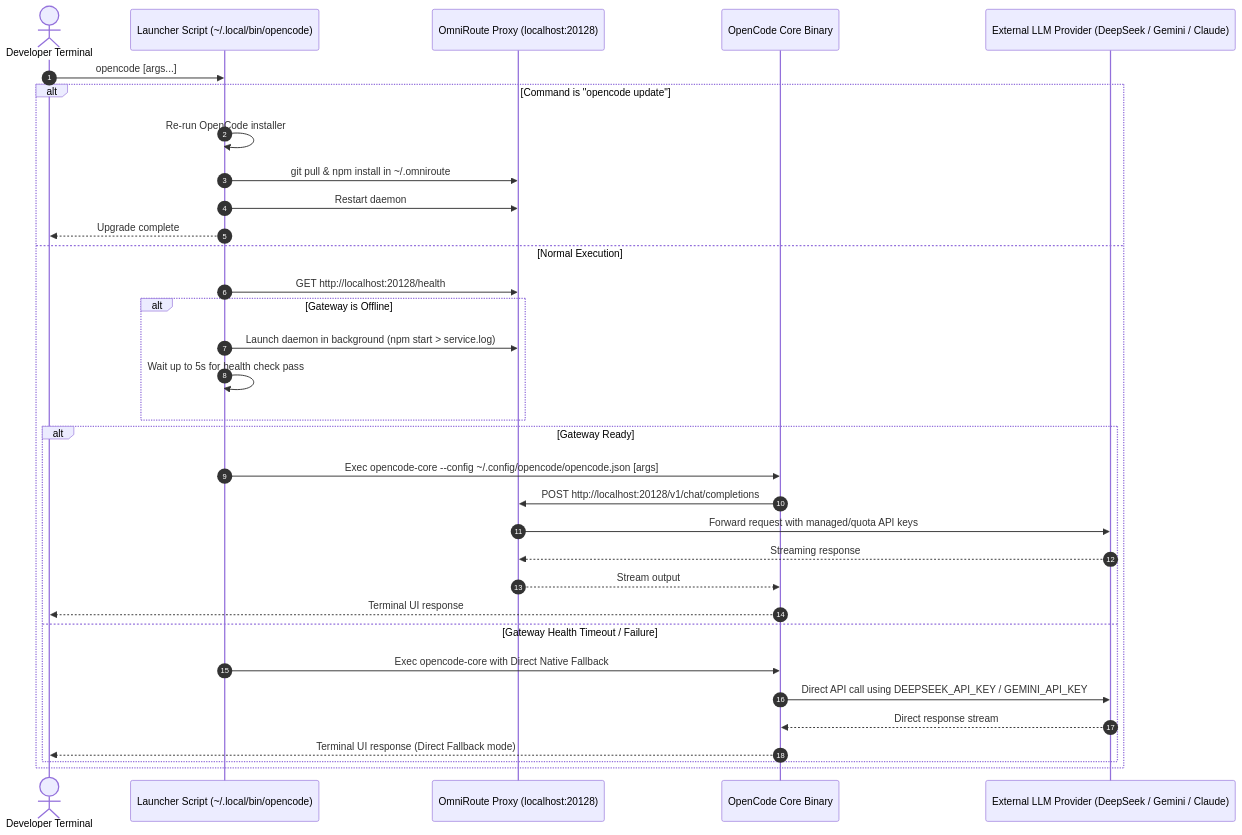
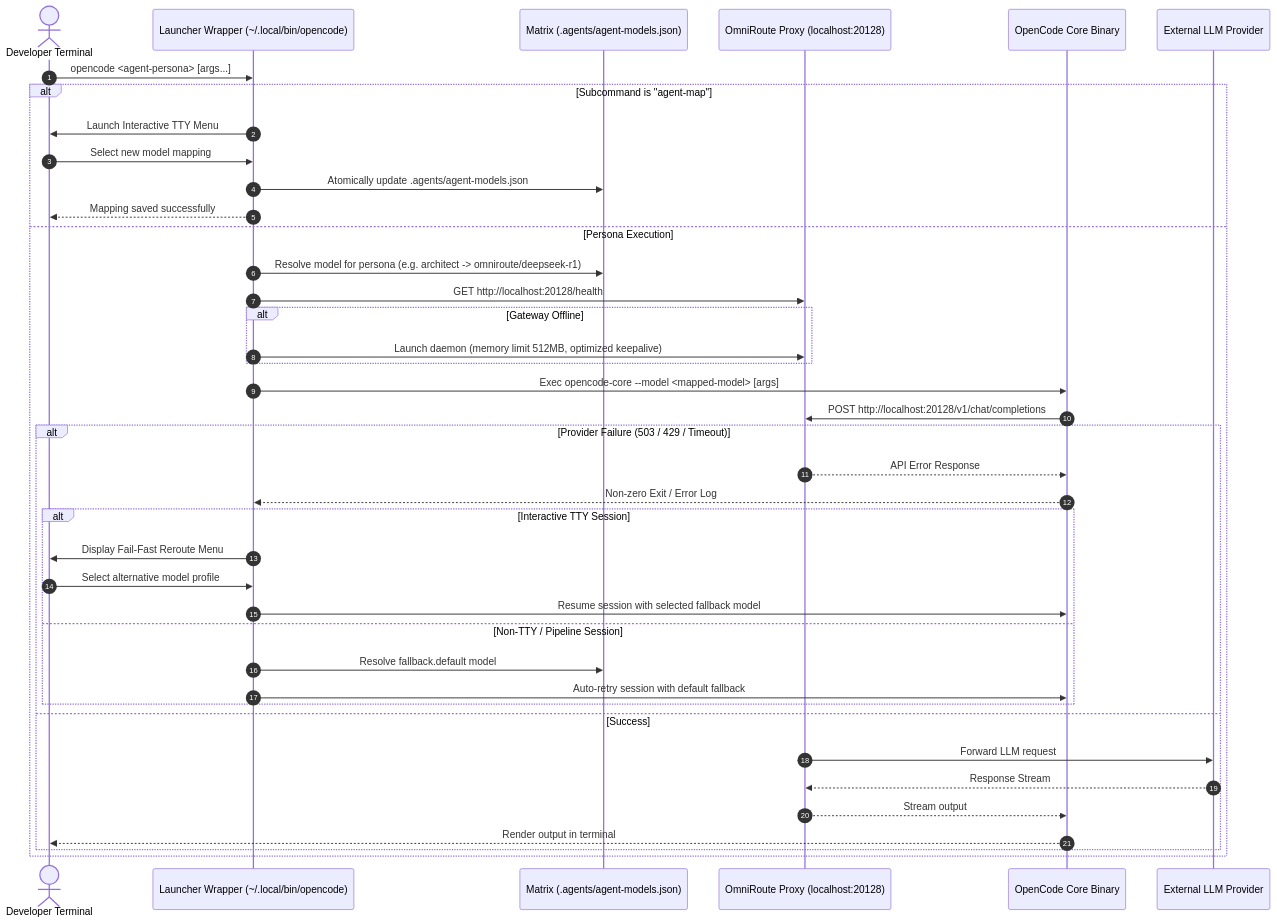
One commit to paulsyl/Opencode changed the first of 2 diagrams in 02_architecture/System-Architecture.md. Above: the diagram before and after it, drawn with Mermaid. The commit also changed other lines of this file and 11 other files, not shown here.

Commit message:
feat: implement Phase 2 agent model mapping matrix, interactive CLI, fail-fast rerouting, and daemon launch optimization

````diff
--- a/02_architecture/System-Architecture.md
+++ b/02_architecture/System-Architecture.md
@@ -19,36 +20,43 @@
 ```mermaid
 sequenceDiagram
     autonumber
     actor User as Developer Terminal
-    participant Wrapper as Launcher Script (~/.local/bin/opencode)
+    participant Wrapper as Launcher Wrapper (~/.local/bin/opencode)
+    participant Mapping as Matrix (.agents/agent-models.json)
     participant Gateway as OmniRoute Proxy (localhost:20128)
     participant OpenCode as OpenCode Core Binary
-    participant Provider as External LLM Provider (DeepSeek / Gemini / Claude)
+    participant Provider as External LLM Provider
 
-    User->>Wrapper: opencode [args...]
-    alt Command is "opencode update"
-        Wrapper->>Wrapper: Re-run OpenCode installer
-        Wrapper->>Gateway: git pull & npm install in ~/.omniroute
-        Wrapper->>Gateway: Restart daemon
-        Wrapper-->>User: Upgrade complete
-    else Normal Execution
+    User->>Wrapper: opencode <agent-persona> [args...]
+    alt Subcommand is "agent-map"
+        Wrapper->>User: Launch Interactive TTY Menu
+        User->>Wrapper: Select new model mapping
+        Wrapper->>Mapping: Atomically update .agents/agent-models.json
+        Wrapper-->>User: Mapping saved successfully
+    else Persona Execution
+        Wrapper->>Mapping: Resolve model for persona (e.g. architect -> omniroute/deepseek-r1)
         Wrapper->>Gateway: GET http://localhost:20128/health
-        alt Gateway is Offline
-            Wrapper->>Gateway: Launch daemon in background (npm start > service.log)
-            Wrapper->>Wrapper: Wait up to 5s for health check pass
+        alt Gateway Offline
+            Wrapper->>Gateway: Launch daemon (memory limit 512MB, optimized keepalive)
         end
-        alt Gateway Ready
-            Wrapper->>OpenCode: Exec opencode-core --config ~/.config/opencode/opencode.json [args]
-            OpenCode->>Gateway: POST http://localhost:20128/v1/chat/completions
-            Gateway->>Provider: Forward request with managed/quota API keys
-            Provider-->>Gateway: Streaming response
+        Wrapper->>OpenCode: Exec opencode-core --model <mapped-model> [args]
+        OpenCode->>Gateway: POST http://localhost:20128/v1/chat/completions
+        alt Provider Failure (503 / 429 / Timeout)
+            Gateway-->>OpenCode: API Error Response
+            OpenCode-->>Wrapper: Non-zero Exit / Error Log
+            alt Interactive TTY Session
+                Wrapper->>User: Display Fail-Fast Reroute Menu
+                User->>Wrapper: Select alternative model profile
+                Wrapper->>OpenCode: Resume session with selected fallback model
+            else Non-TTY / Pipeline Session
+                Wrapper->>Mapping: Resolve fallback.default model
+                Wrapper->>OpenCode: Auto-retry session with default fallback
+            end
+        else Success
+            Gateway->>Provider: Forward LLM request
+            Provider-->>Gateway: Response Stream
             Gateway-->>OpenCode: Stream output
-            OpenCode-->>User: Terminal UI response
-        else Gateway Health Timeout / Failure
-            Wrapper->>OpenCode: Exec opencode-core with Direct Native Fallback
-            OpenCode->>Provider: Direct API call using DEEPSEEK_API_KEY / GEMINI_API_KEY
-            Provider-->>OpenCode: Direct response stream
-            OpenCode-->>User: Terminal UI response (Direct Fallback mode)
+            OpenCode-->>User: Render output in terminal
         end
     end
 ```
````
